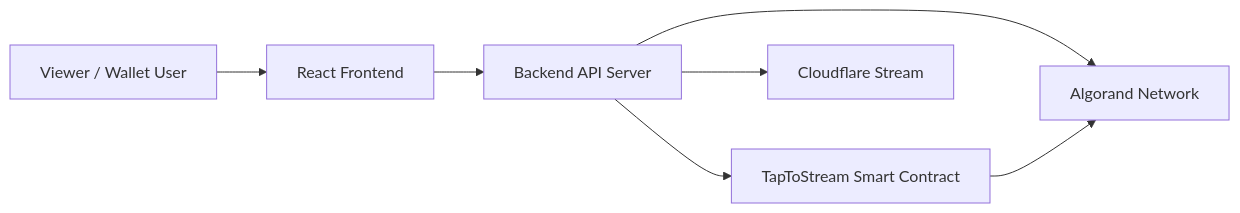
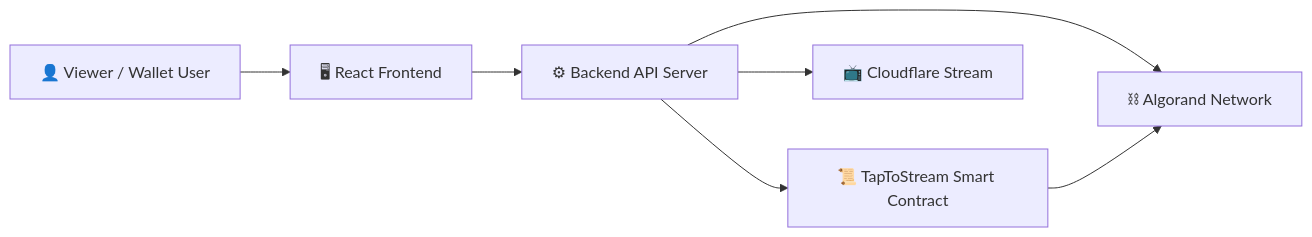
One commit to shreyash-devs/taptostream changed the first of 3 diagrams in README.md. Above: the diagram before and after it, drawn with Mermaid. The commit also changed other lines of this file, not shown here.

````diff
--- a/README.md
+++ b/README.md
@@ -33,9 +33,9 @@
 ```mermaid
 flowchart LR
-    A[Viewer / Wallet User] --> B[React Frontend]
-    B --> C[Backend API Server]
-    C --> D[Algorand Network]
-    C --> E[TapToStream Smart Contract]
-    C --> F[Cloudflare Stream]
+    A[👤 Viewer / Wallet User] --> B[🖥 React Frontend]
+    B --> C[⚙ Backend API Server]
+    C --> D[⛓ Algorand Network]
+    C --> E[📜 TapToStream Smart Contract]
+    C --> F[📺 Cloudflare Stream]
     E --> D
 ```
````
